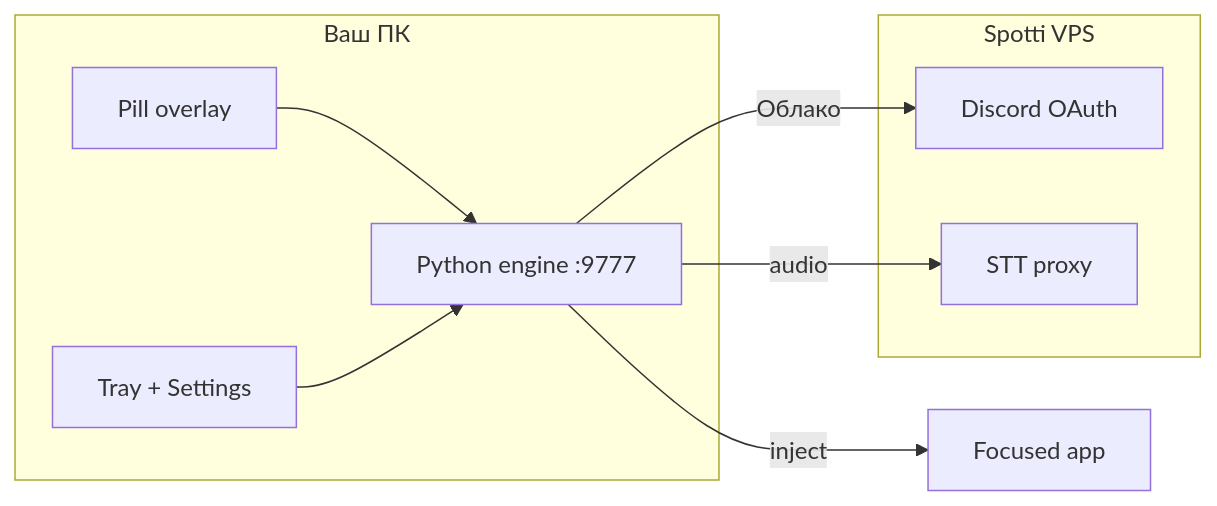
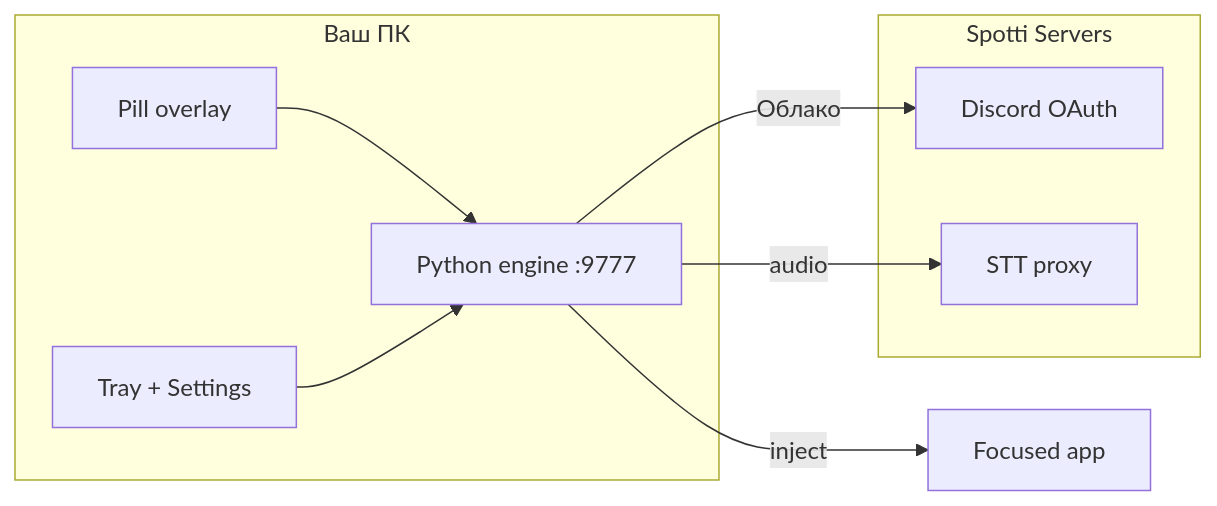
Before and after one commit to voidmute/Spotti-Voice: the diagram in README.md, drawn with Mermaid. The commit also changed other lines of this file, not shown here.

Commit message:
docs: fix README badges and rename Spotti VPS to Spotti Servers

````diff
--- a/README.md
+++ b/README.md
@@ -29,17 +29,17 @@
 ```mermaid
 flowchart LR
   subgraph pc [Ваш ПК]
     Pill[Pill overlay]
     Engine[Python engine :9777]
     Tray[Tray + Settings]
   end
-  subgraph cloud [Spotti VPS]
+  subgraph cloud [Spotti Servers]
     OAuth[Discord OAuth]
     STT[STT proxy]
   end
   Pill --> Engine
   Tray --> Engine
   Engine -->|Облако| OAuth
   Engine -->|audio| STT
   Engine -->|inject| Focus[Focused app]
 ```
````
